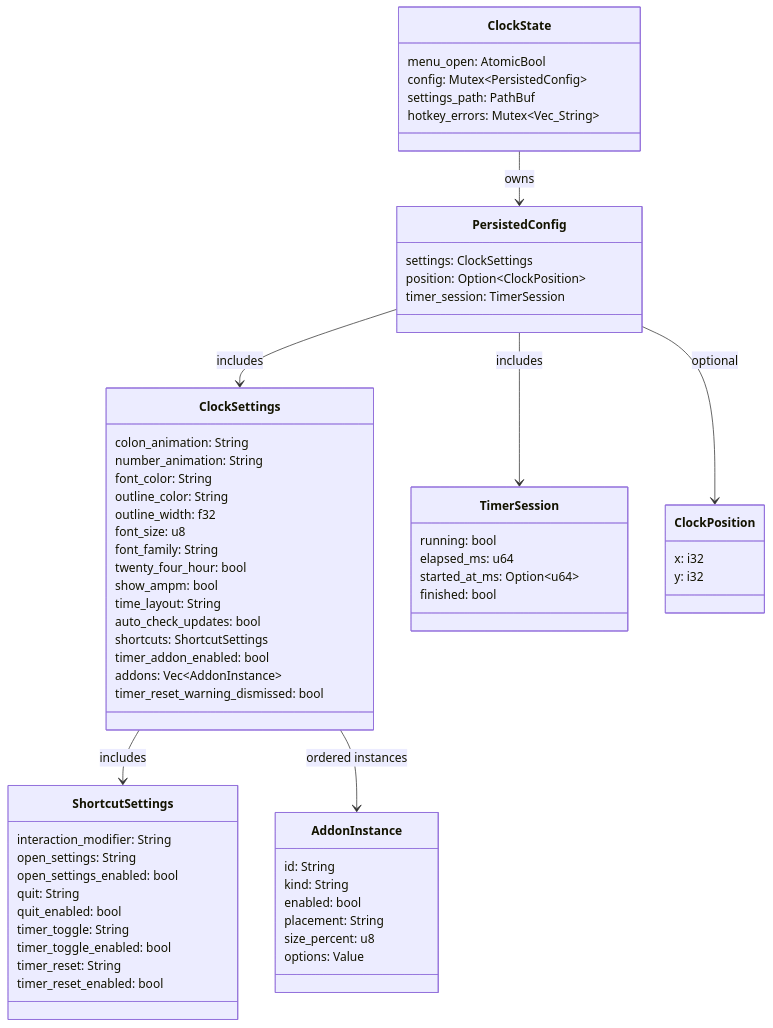
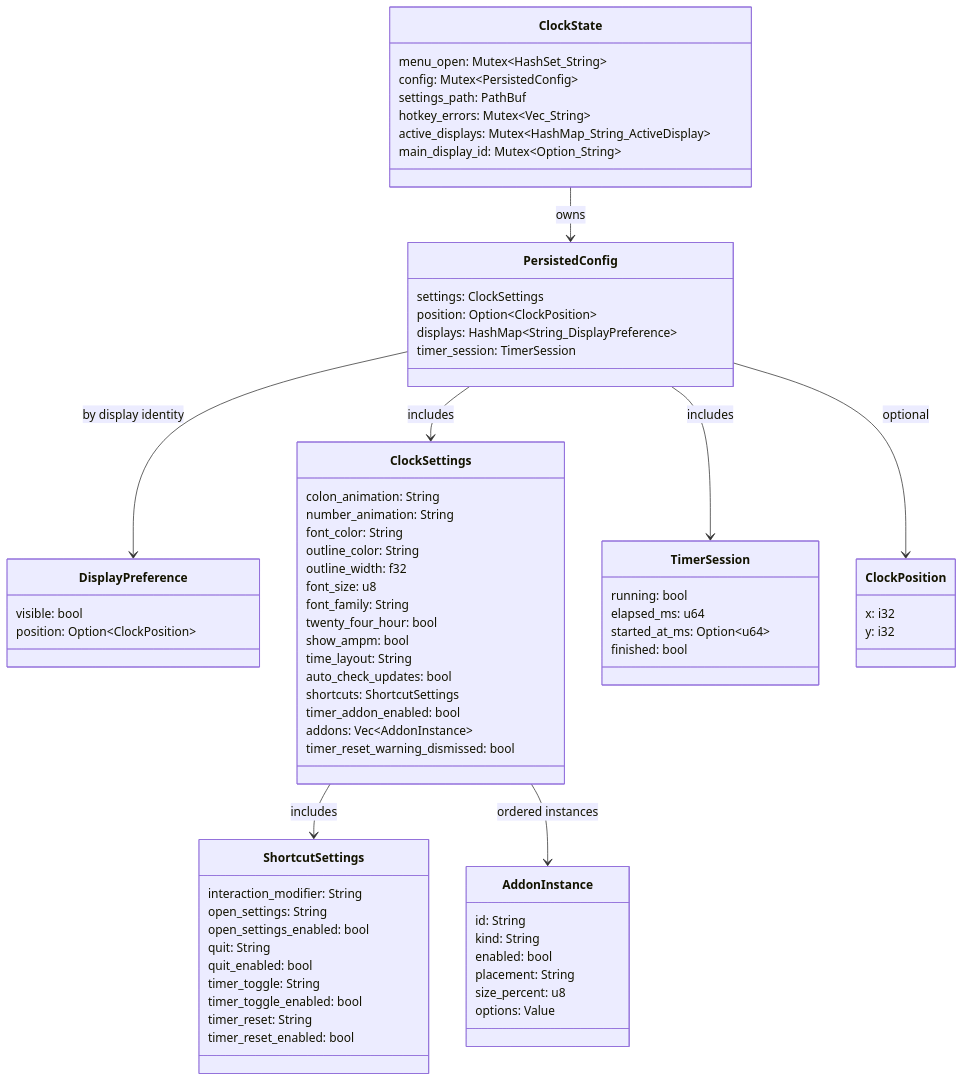
The first of 4 diagrams in src-tauri/src/doc/workflow_diagram.md (tbkmax/TopClock), drawn with Mermaid before and after one commit. The commit also changed other lines of this file and 26 other files, not shown here.

Commit message:
feat(clock): add Multiple Displays supports

````diff
--- a/src-tauri/src/doc/workflow_diagram.md
+++ b/src-tauri/src/doc/workflow_diagram.md
@@ -7,66 +9,74 @@
 ```mermaid
 classDiagram
     class ClockState {
-      menu_open: AtomicBool
+      menu_open: Mutex~HashSet_String~
       config: Mutex~PersistedConfig~
       settings_path: PathBuf
       hotkey_errors: Mutex~Vec_String~
+      active_displays: Mutex~HashMap_String_ActiveDisplay~
+      main_display_id: Mutex~Option_String~
     }
     class PersistedConfig {
       settings: ClockSettings
       position: Option~ClockPosition~
+      displays: HashMap~String_DisplayPreference~
       timer_session: TimerSession
+    }
+    class DisplayPreference {
+      visible: bool
+      position: Option~ClockPosition~
     }
     class ClockSettings {
       colon_animation: String
       number_animation: String
       font_color: String
       outline_color: String
       outline_width: f32
       font_size: u8
       font_family: String
       twenty_four_hour: bool
       show_ampm: bool
       time_layout: String
       auto_check_updates: bool
       shortcuts: ShortcutSettings
       timer_addon_enabled: bool
       addons: Vec~AddonInstance~
       timer_reset_warning_dismissed: bool
     }
     class ShortcutSettings {
       interaction_modifier: String
       open_settings: String
       open_settings_enabled: bool
       quit: String
       quit_enabled: bool
       timer_toggle: String
       timer_toggle_enabled: bool
       timer_reset: String
       timer_reset_enabled: bool
     }
     class AddonInstance {
       id: String
       kind: String
       enabled: bool
       placement: String
       size_percent: u8
       options: Value
     }
     class TimerSession {
       running: bool
       elapsed_ms: u64
       started_at_ms: Option~u64~
       finished: bool
     }
     class ClockPosition {
       x: i32
       y: i32
     }
     ClockState --> PersistedConfig : owns
     PersistedConfig --> ClockSettings : includes
     ClockSettings --> ShortcutSettings : includes
     ClockSettings --> AddonInstance : ordered instances
     PersistedConfig --> TimerSession : includes
     PersistedConfig --> ClockPosition : optional
+    PersistedConfig --> DisplayPreference : by display identity
 ```
````
